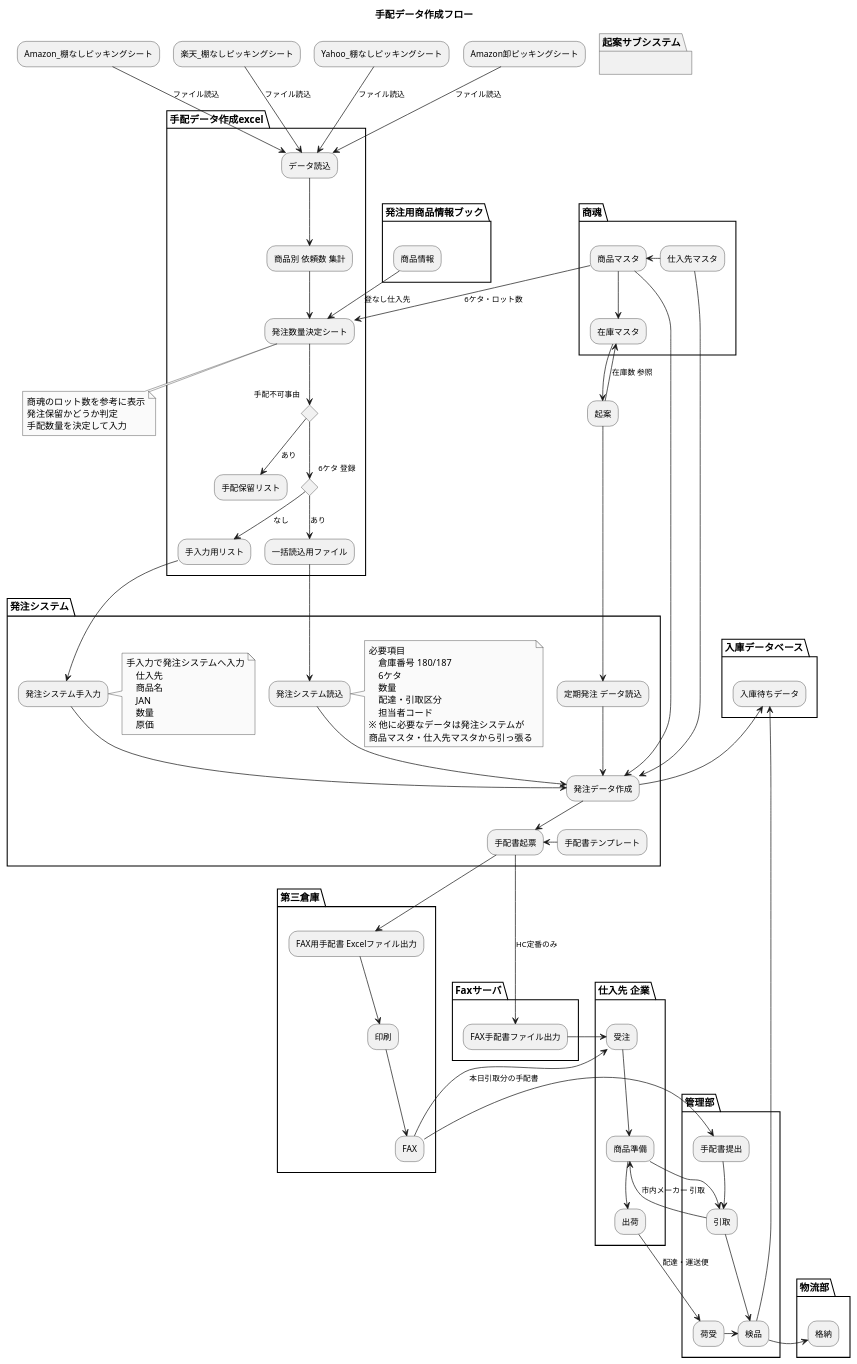
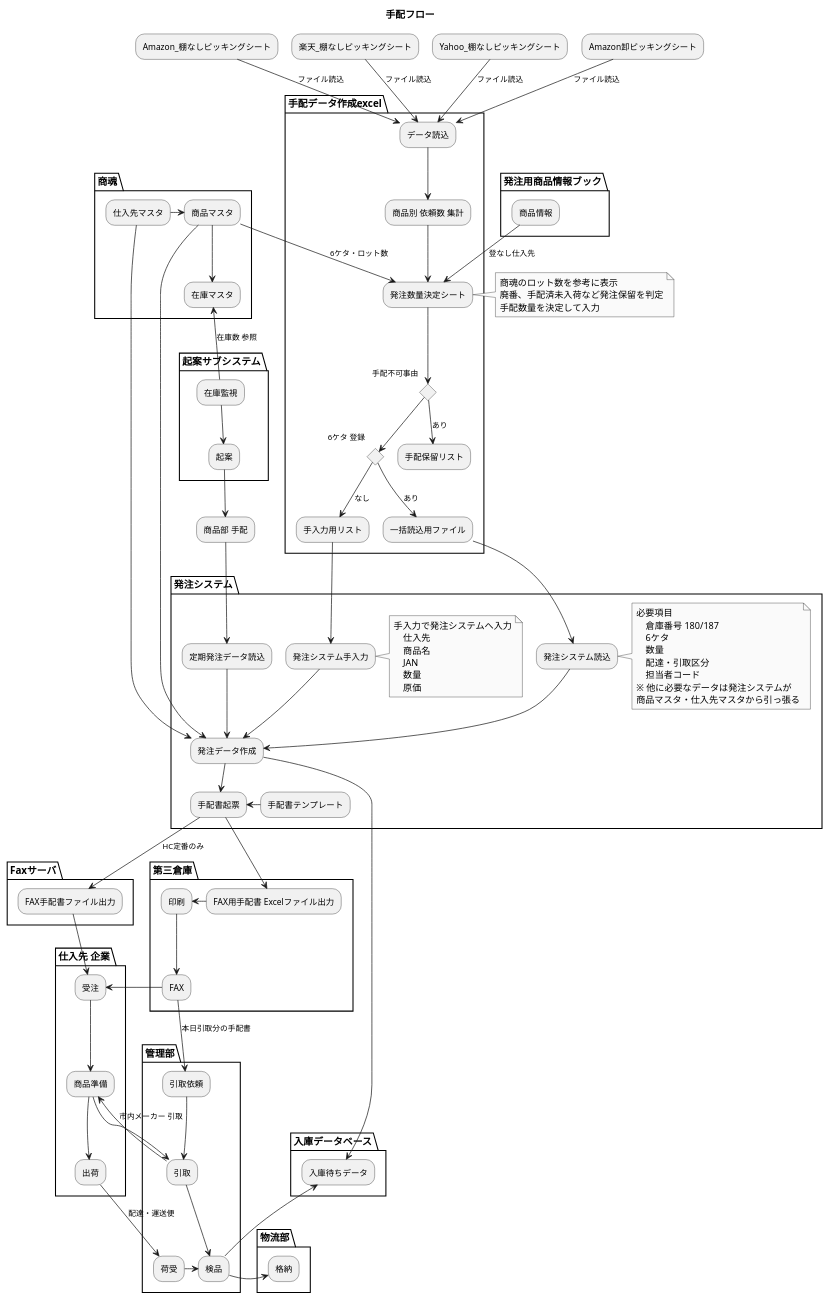
The diagram in build_purchase_data.puml (amunenaga/ec-backyard-macro), drawn with PlantUML before and after one commit.

Commit message:
レイアウトを調整

```diff
--- a/build_purchase_data.puml
+++ b/build_purchase_data.puml
@@ -1,134 +1,137 @@
-@startuml 手配データ作成フロー
+@startuml build_purchase_data
 
-title 手配データ作成フロー
+title 手配フロー
+
 skinparam monochrome true
 
 partition 手配データ作成excel {
     "データ読込" --> "商品別 依頼数 集計"
 
     "商品別 依頼数 集計" --> "発注数量決定シート"
 
     if "手配不可事由"
             --> [あり]"手配保留リスト"
     else
             if "6ケタ 登録"
                 --> [あり] "一括読込用ファイル"
             else
                 --> [なし] "手入力用リスト"
         end if 
     end if
     
 }
 
 "Amazon_棚なしピッキングシート" --> [ファイル読込]"データ読込"
 "楽天_棚なしピッキングシート" --> [ファイル読込]"データ読込"
 "Yahoo_棚なしピッキングシート" --> [ファイル読込]"データ読込"
 "Amazon卸ピッキングシート"--> [ファイル読込]"データ読込"
 
 Partition "発注システム" {
 
     "一括読込用ファイル" -down-> "発注システム読込"
     note right
         必要項目
             倉庫番号 180/187
             6ケタ
             数量
             配達・引取区分
             担当者コード
         ※ 他に必要なデータは発注システムが
         商品マスタ・仕入先マスタから引っ張る
     end note
 
     "発注システム読込" -down-> "発注データ作成"
         
     "手入力用リスト" --> "発注システム手入力"
-    note left
+    note right
             手入力で発注システムへ入力
                 仕入先
                 商品名
                 JAN
                 数量
                 原価
     end note
 
 
     "発注システム手入力" --> "発注データ作成"
 
-    "定期発注 データ読込" --> "発注データ作成"
+    "定期発注データ読込" --> "発注データ作成"
 
     "発注データ作成" --> "手配書起票"
     "手配書テンプレート" -left-> "手配書起票"
 
 }
 
 partition 商魂 {
 
     "商品マスタ" --> "発注データ作成"
     "仕入先マスタ" --> "発注データ作成"
     商品マスタ --> 在庫マスタ
 }
 
-"起案" -up-> [在庫数 参照] "在庫マスタ"
-"在庫マスタ" --> "起案"
 
 Partition "起案サブシステム" {
-    "起案" --> "定期発注 データ読込"
+    "在庫監視" -up-> [在庫数 参照] "在庫マスタ" 
+    "在庫監視" -->  "起案"
 }
+
+    "起案" --> "商品部 手配"
+    --> 定期発注データ読込
 
 "仕入先マスタ" -left-> "商品マスタ"
 --> [6ケタ・ロット数]"発注数量決定シート"
 
-note bottom
+note Left
      商魂のロット数を参考に表示
-     発注保留かどうか判定
+     廃番、手配済未入荷など発注保留を判定
      手配数量を決定して入力
 end note
 
 partition 発注用商品情報ブック {
     
     "商品情報" -down-> [登なし仕入先]"発注数量決定シート" 
 }
 
 Partition "入庫データベース" {
-    発注データ作成 -up-> 入庫待ちデータ
+    発注データ作成 --> 入庫待ちデータ
 }
 
 Partition "Faxサーバ" {
 
     "手配書起票" --> [HC定番のみ]"FAX手配書ファイル出力"
 }
 
 Partition "仕入先 企業" {
 
-    "FAX手配書ファイル出力" -right->  "受注"
+    "FAX手配書ファイル出力" -->  "受注"
     '"手配書起票" --> [EDIでデータ発注]"受注"'
     --> 商品準備
     --> 出荷
 }
 
 Partition "第三倉庫" {
     手配書起票 --> FAX用手配書 Excelファイル出力
-    --> 印刷
-    --> FAX
+    -left-> 印刷
+    -down-> FAX
     -left-> 受注
 }
 
 Partition "管理部" {
-    FAX -right-> [本日引取分の手配書]手配書提出
+    FAX --> [本日引取分の手配書]引取依頼
     --> 引取
-    --> [市内メーカー 引取]商品準備
-    --> 引取
+    -left-> [市内メーカー 引取]商品準備
+    -right-> 引取
     引取 --> 検品
     出荷 --> [配達・運送便]荷受
 }
 
 -> 検品
 検品 -up-> 入庫待ちデータ
 
 Partition "物流部" {
 
     検品 -> 格納
 
 }
 
 @enduml
```
